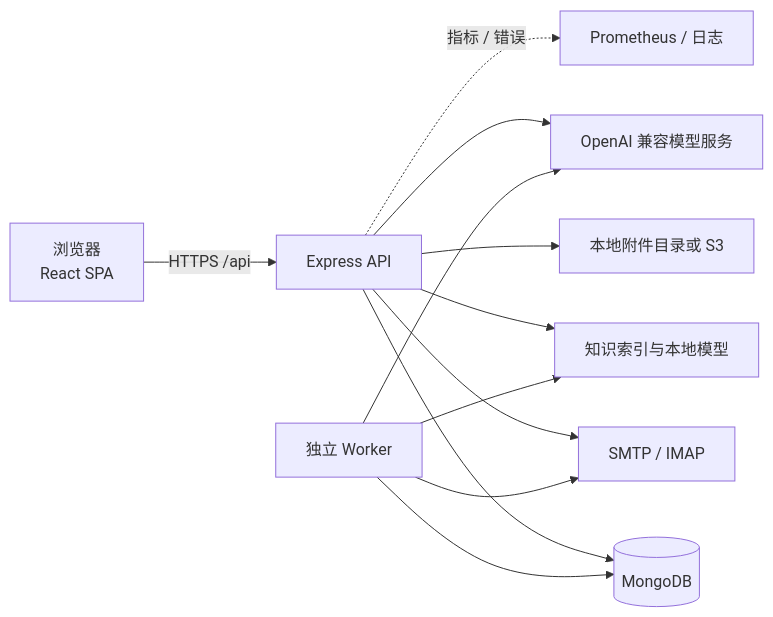
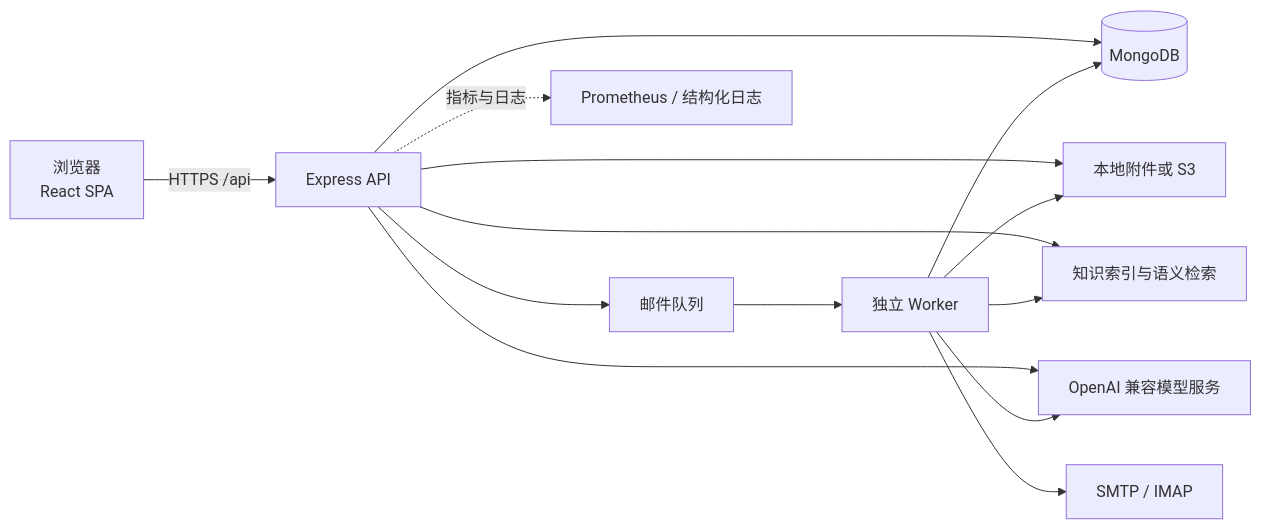
The diagram in README.md (D77-jpg/Genesis_CRM), drawn with Mermaid before and after one commit. The commit also changed other lines of this file and 2 other files, not shown here.

````diff
--- a/README.md
+++ b/README.md
@@ -131,14 +69,16 @@
 ```mermaid
 flowchart LR
   U[浏览器<br/>React SPA] -->|HTTPS /api| A[Express API]
   A --> M[(MongoDB)]
-  A --> F[本地附件目录或 S3]
-  A --> S[SMTP / IMAP]
-  A --> K[知识索引与本地模型]
+  A --> F[本地附件或 S3]
+  A --> K[知识索引与语义检索]
   A --> L[OpenAI 兼容模型服务]
-  A -. 指标 / 错误 .-> O[Prometheus / 日志]
-  W[独立 Worker] --> M
-  W --> S
+  A --> Q[邮件队列]
+  Q --> W[独立 Worker]
+  W --> M
+  W --> F
   W --> K
   W --> L
+  W --> S[SMTP / IMAP]
+  A -. 指标与日志 .-> O[Prometheus / 结构化日志]
 ```
````
